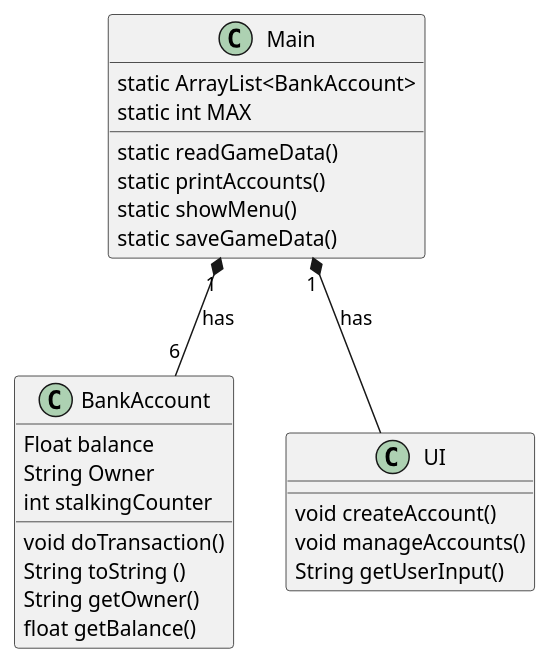
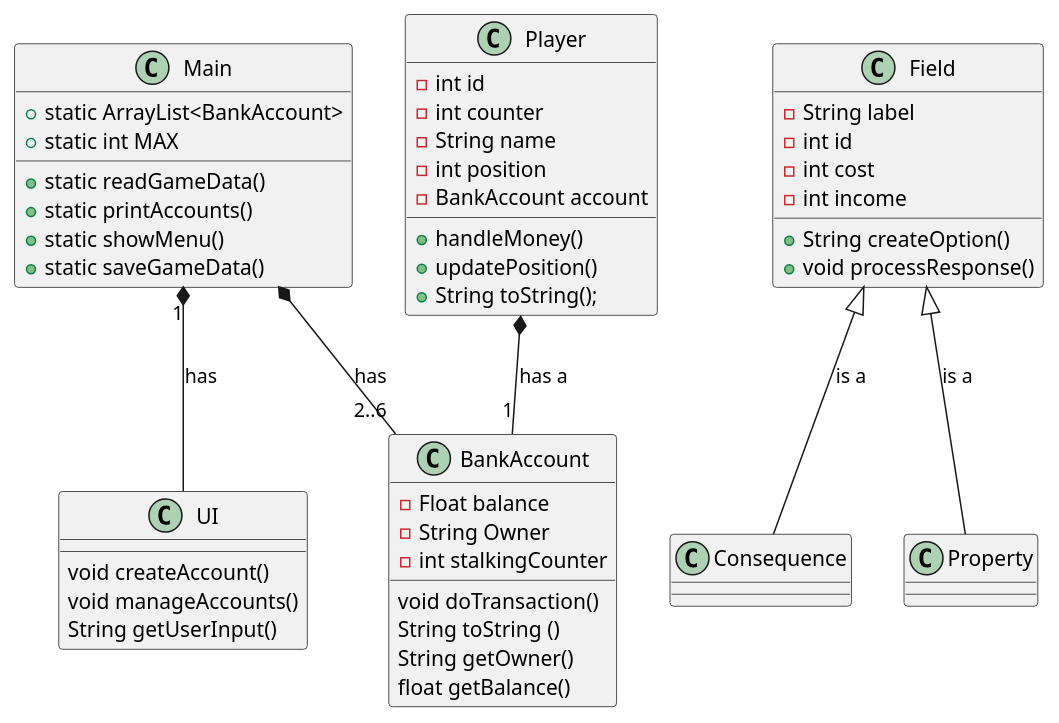
One commit to coerth/Opgaver changed the diagram in Arbejdsmappe/IntelliJ/bank/out/production/bank/Overview.puml. Above: the diagram before and after it, drawn with PlantUML. The commit also changed 24 other files, not shown here.

```diff
--- a/Arbejdsmappe/IntelliJ/bank/out/production/bank/Overview.puml
+++ b/Arbejdsmappe/IntelliJ/bank/out/production/bank/Overview.puml
@@ -1,26 +1,45 @@
 @startuml
 'https://plantuml.com/sequence-diagram
 
-Main "1" *-- "6" BankAccount : has
+Main  *-- "2..6" BankAccount : has
 Main "1" *-- UI : has
+Player *-- "1" BankAccount : has a
+Field <|-- Consequence : is a
+Field <|-- Property : is a
 
-BankAccount : Float balance
-BankAccount : String Owner
-BankAccount : int stalkingCounter
+Player : - int id
+Player : - int counter
+Player : - String name
+Player : - int position
+Player : - BankAccount account
+Player : + handleMoney()
+Player : + updatePosition()
+Player : + String toString();
+
+BankAccount : - Float balance
+BankAccount : - String Owner
+BankAccount : - int stalkingCounter
 BankAccount : void doTransaction()
 BankAccount : String toString ()
 BankAccount : String getOwner()
 BankAccount : float getBalance()
 
 UI : void createAccount()
 UI : void manageAccounts()
 UI : String getUserInput()
 
-Main : static ArrayList<BankAccount>
-Main : static int MAX
-Main : static readGameData()
-Main : static printAccounts()
-Main : static showMenu()
-Main : static saveGameData()
+Main : + static ArrayList<BankAccount>
+Main : + static int MAX
+Main : + static readGameData()
+Main : + static printAccounts()
+Main : + static showMenu()
+Main : + static saveGameData()
+
+Field : - String label
+Field : - int id
+Field : - int cost
+Field : - int income
+Field : + String createOption()
+Field : + void processResponse()
 
 @enduml
```
